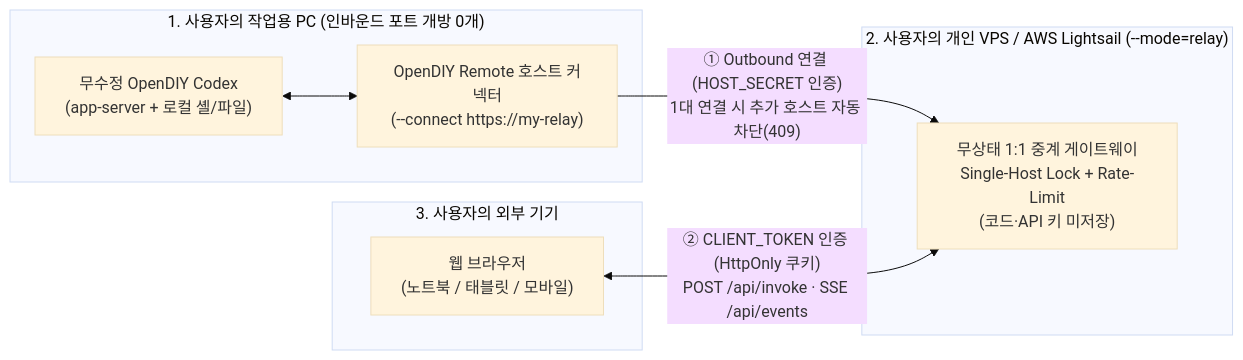
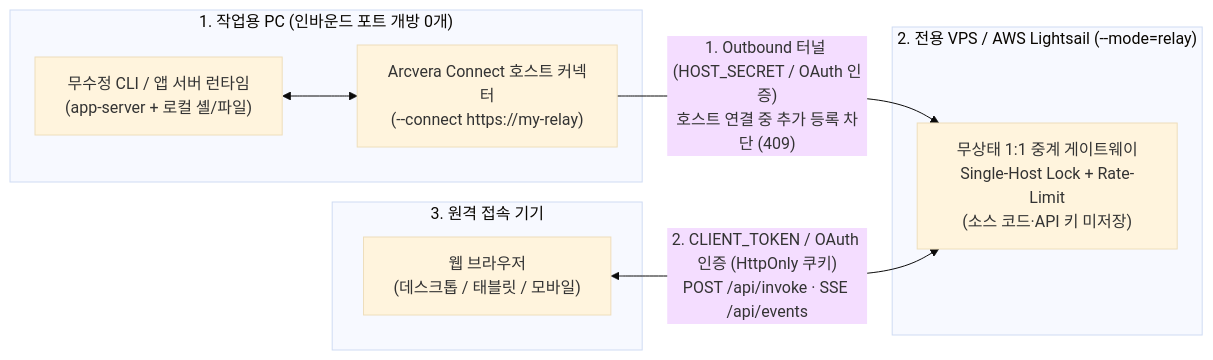
The diagram in README.ko.md (jaeseongs95/Arcvera-Connect), drawn with Mermaid (base theme) before and after one commit. The commit also changed other lines of this file and 8 other files, not shown here.

````diff
--- a/README.ko.md
+++ b/README.ko.md
@@ -17,19 +35,19 @@
 ```mermaid
 flowchart LR
-  subgraph LocalPC["1. 사용자의 작업용 PC (인바운드 포트 개방 0개)"]
-    Codex["무수정 OpenDIY Codex<br/>(app-server + 로컬 셸/파일)"]
-    Connector["OpenDIY Remote 호스트 커넥터<br/>(--connect https://my-relay)"]
+  subgraph LocalPC["1. 작업용 PC (인바운드 포트 개방 0개)"]
+    Codex["무수정 CLI / 앱 서버 런타임<br/>(app-server + 로컬 셸/파일)"]
+    Connector["Arcvera Connect 호스트 커넥터<br/>(--connect https://my-relay)"]
     Codex <--> Connector
   end
 
-  subgraph VPS["2. 사용자의 개인 VPS / AWS Lightsail (--mode=relay)"]
-    Relay["무상태 1:1 중계 게이트웨이<br/>Single-Host Lock + Rate-Limit<br/>(코드·API 키 미저장)"]
+  subgraph VPS["2. 전용 VPS / AWS Lightsail (--mode=relay)"]
+    Relay["무상태 1:1 중계 게이트웨이<br/>Single-Host Lock + Rate-Limit<br/>(소스 코드·API 키 미저장)"]
   end
 
-  subgraph Client["3. 사용자의 외부 기기"]
-    Browser["웹 브라우저<br/>(노트북 / 태블릿 / 모바일)"]
+  subgraph Client["3. 원격 접속 기기"]
+    Browser["웹 브라우저<br/>(데스크톱 / 태블릿 / 모바일)"]
   end
 
-  Connector -- "① Outbound 연결 (HOST_SECRET 인증)<br/>1대 연결 시 추가 호스트 자동 차단(409)" --> Relay
-  Browser <-->|"② CLIENT_TOKEN 인증 (HttpOnly 쿠키)<br/>POST /api/invoke · SSE /api/events"| Relay
+  Connector -- "1. Outbound 터널 (HOST_SECRET / OAuth 인증)<br/>호스트 연결 중 추가 등록 차단 (409)" --> Relay
+  Browser <-->|"2. CLIENT_TOKEN / OAuth 인증 (HttpOnly 쿠키)<br/>POST /api/invoke · SSE /api/events"| Relay
 ```
````
